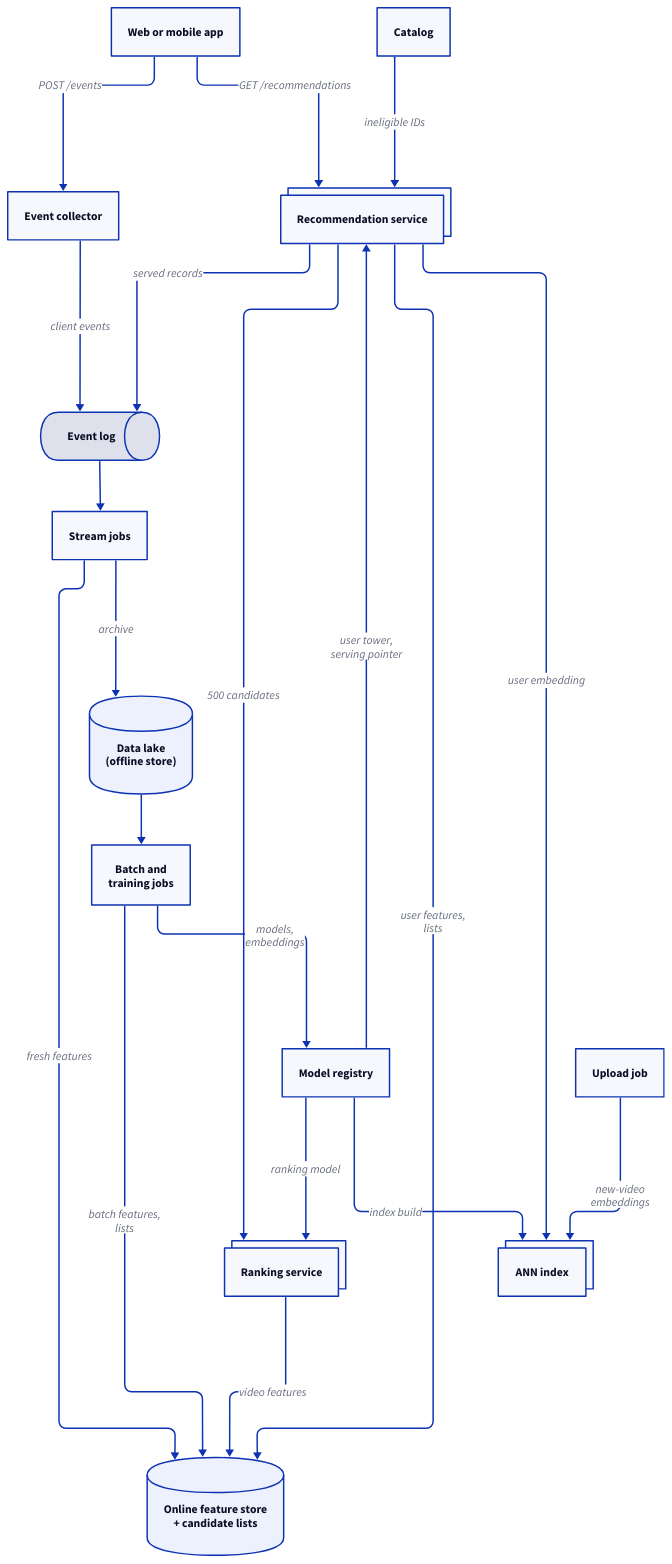
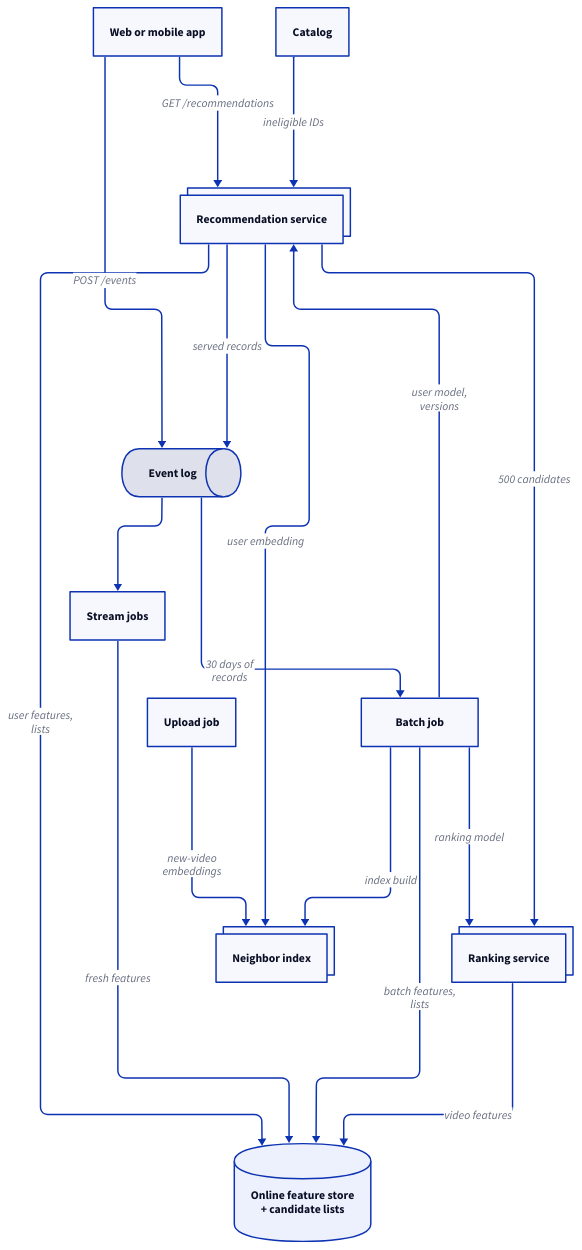
One commit to enbattle/til changed the diagram in src/system-design/diagrams/recommendation-system/architecture.d2. Above: the diagram before and after it, drawn with D2. The commit also changed 23 other files, not shown here.

```diff
--- a/src/system-design/diagrams/recommendation-system/architecture.d2
+++ b/src/system-design/diagrams/recommendation-system/architecture.d2
@@ -1,57 +1,49 @@
 # High-level architecture of the recommendation system. The serving path
-# retrieves candidates from the ANN index and candidate lists, ranks them with
-# features from the online feature store, and logs what it served. The
-# learning path turns logged events into fresh features, offline history,
-# retrained models and rebuilt indexes.
+# retrieves candidates from the neighbor index and the candidate lists, ranks
+# them with features from the online feature store, and logs what it served.
+# The learning path turns logged events into fresh features, retrained models
+# and rebuilt indexes; the upload job adds new videos to the index.
 vars: {
   d2-config: {
     layout-engine: elk
   }
 }
 direction: down
 
 client: Web or mobile app
 svc: Recommendation service {
   style.multiple: true
 }
-ann: ANN index {
+index: Neighbor index {
   style.multiple: true
 }
 rank: Ranking service {
   style.multiple: true
 }
 fs: "Online feature store\n+ candidate lists" {
   shape: cylinder
 }
-collector: Event collector
 log: Event log {
   shape: queue
 }
 stream: Stream jobs
-lake: "Data lake\n(offline store)" {
-  shape: cylinder
-}
-batch: "Batch and\ntraining jobs"
-registry: Model registry
+batch: Batch job
 upload: Upload job
 catalog: Catalog
 
 client -> svc: "GET /recommendations"
-client -> collector: "POST /events"
+client -> log: "POST /events"
 svc -> fs: "user features,\nlists"
-svc -> ann: "user embedding"
+svc -> index: "user embedding"
 svc -> rank: "500 candidates"
 rank -> fs: "video features"
 svc -> log: "served records"
-collector -> log: "client events"
 log -> stream
+log -> batch: "30 days of\nrecords"
 stream -> fs: "fresh features"
-stream -> lake: "archive"
-lake -> batch
 batch -> fs: "batch features,\nlists"
-batch -> registry: "models,\nembeddings"
-registry -> rank: "ranking model"
-registry -> ann: "index build"
-registry -> svc: "user tower,\nserving pointer"
-upload -> ann: "new-video\nembeddings"
+batch -> rank: "ranking model"
+batch -> index: "index build"
+batch -> svc: "user model,\nversions"
+upload -> index: "new-video\nembeddings"
 catalog -> svc: "ineligible IDs"
```
